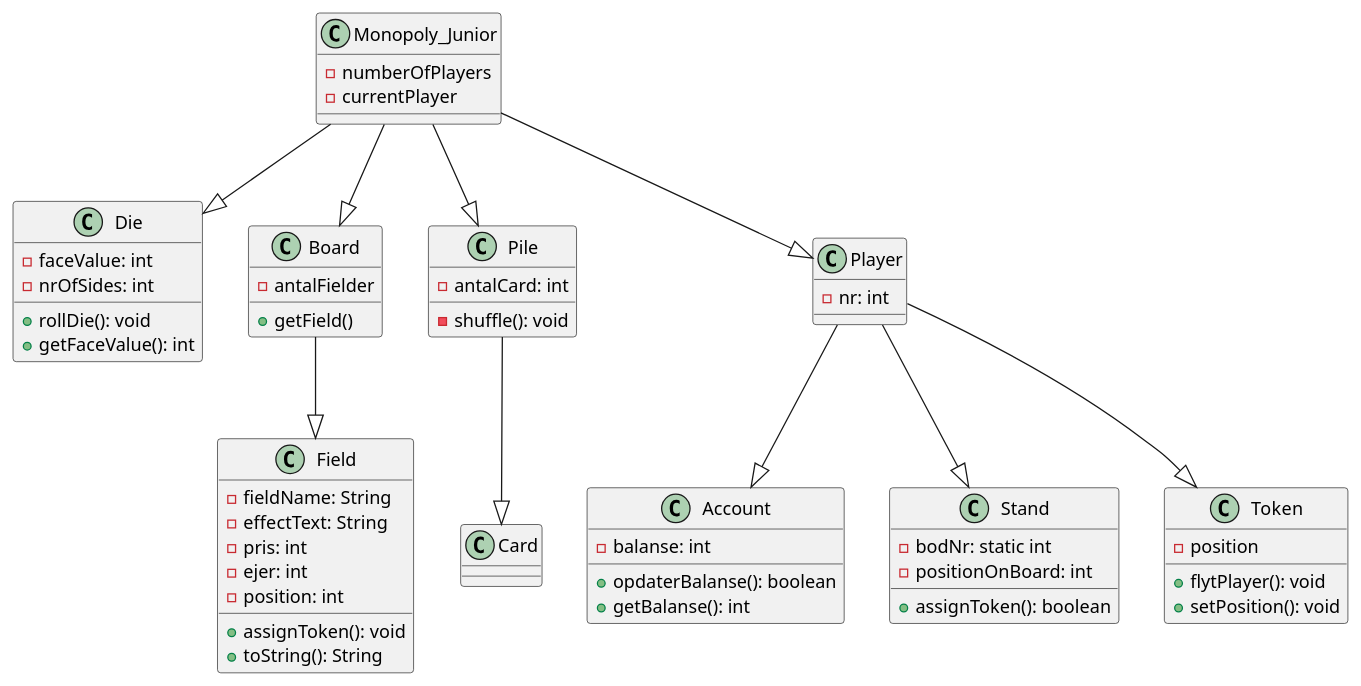
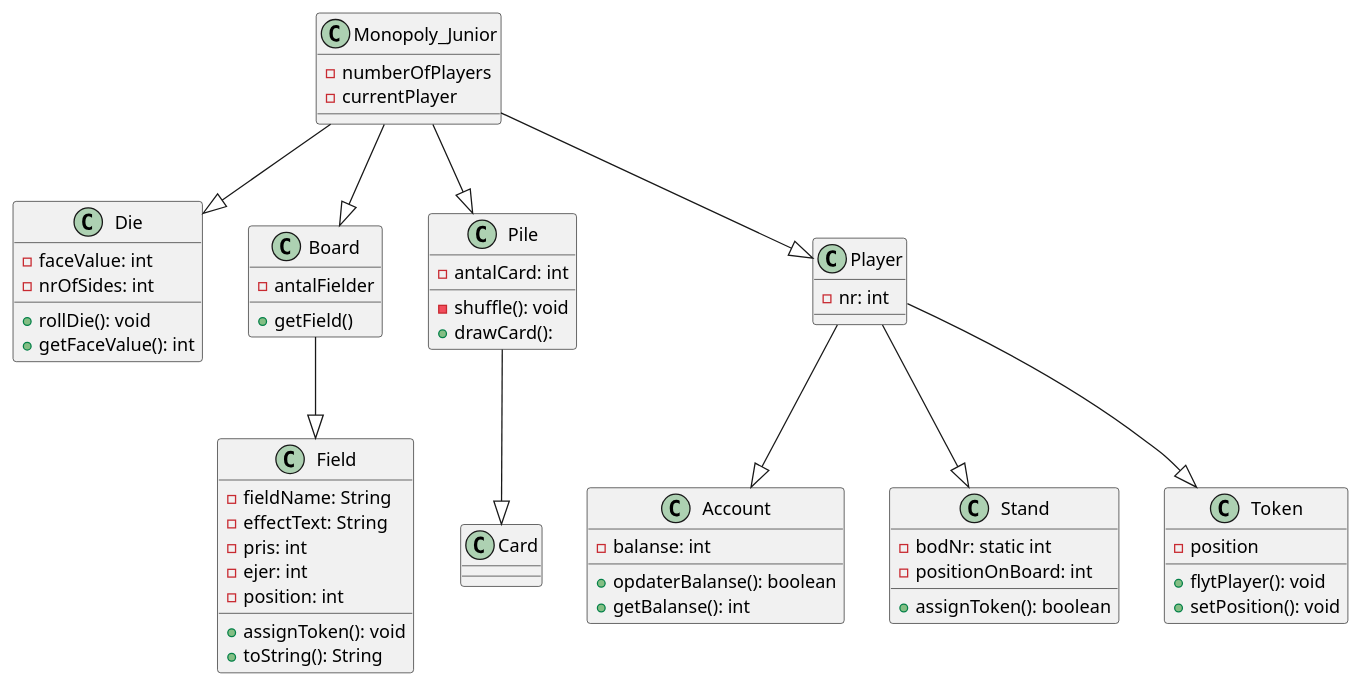
The diagram in diagrams/Design klasse diagram.puml (Greve2001/CDIO3), drawn with PlantUML before and after one commit.

Commit message:
opdateret klassediagram

```diff
--- a/diagrams/Design klasse diagram.puml
+++ b/diagrams/Design klasse diagram.puml
@@ -1,92 +1,93 @@
 @startuml
 'https://plantuml.com/class-diagram
 
 class "Monopoly_Junior" as Game
 class Die
 class Board
 class Field
 class Pile
 class Card
 class Player
 class Account
 class Stand
 class Token
 
 Game --|> Die
 Game --|> Pile
 Game --|> Player
 Game --|> Board
 Board --|> Field
 Player --|> Stand
 Player --|> Account
 Player --|> Token
 Pile --|> Card
 
 class Game {
     -numberOfPlayers
     -currentPlayer
 }
 
 class Die {
     -faceValue: int
     -nrOfSides: int
     +rollDie(): void
     +getFaceValue(): int
 }
 
 class Board {
     -antalFielder
     +getField()
 }
 
 class Field {
     -fieldName: String
     -effectText: String
     -pris: int
     -ejer: int
     -position: int
 
     +assignToken(): void
     +toString(): String
 
 }
 
 class Card {
 
 }
 
 'opdaterBalanse() er lavet som boolean, for at kunne returnere hvis en Player går bankerot'
 class Account {
     -balanse: int
     +opdaterBalanse(): boolean
     +getBalanse(): int
 }
 
 class Pile {
     -antalCard: int
     -shuffle(): void
+    +drawCard():
 
 }
 
 class Player {
     -nr: int
 }
 
 class Token {
     -position
     +flytPlayer(): void
     +setPosition(): void
 }
 
 'assignToken er lavet som boolean return i tilfælde af at der ikke er flere tokens'
 class Stand {
     -bodNr: static int
     -positionOnBoard: int
     +assignToken(): boolean
 }
 
 
 
 
 
 @enduml
```
